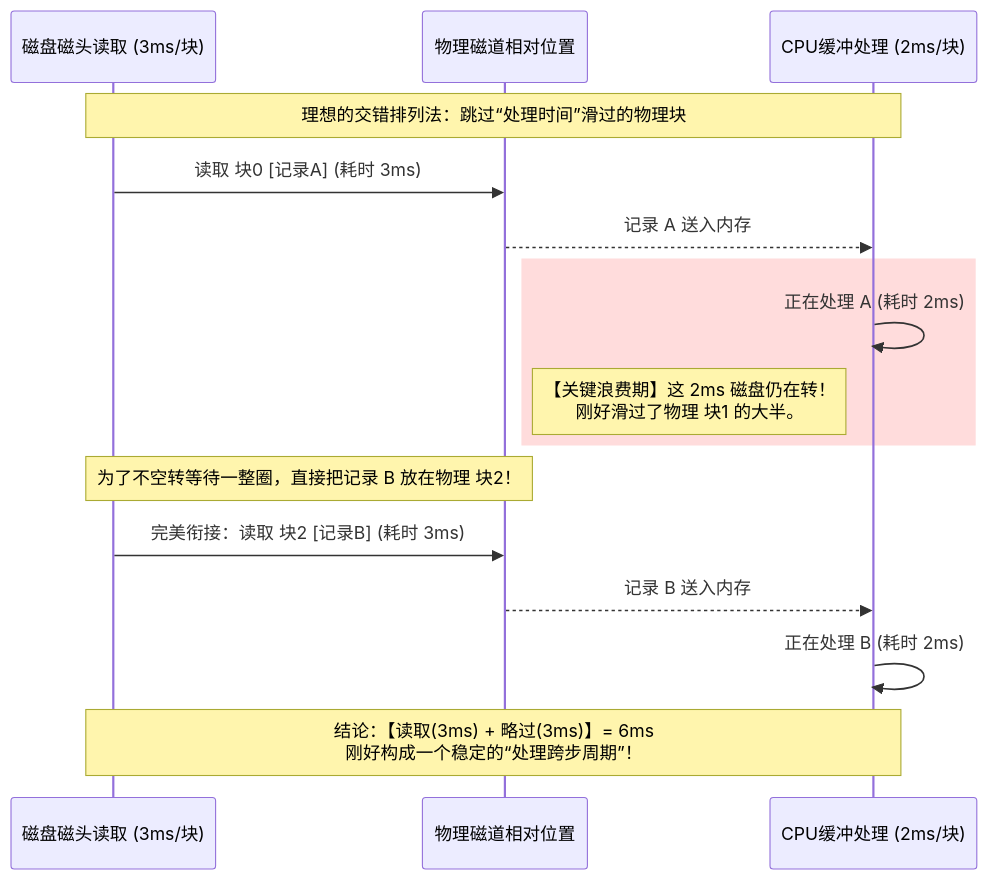
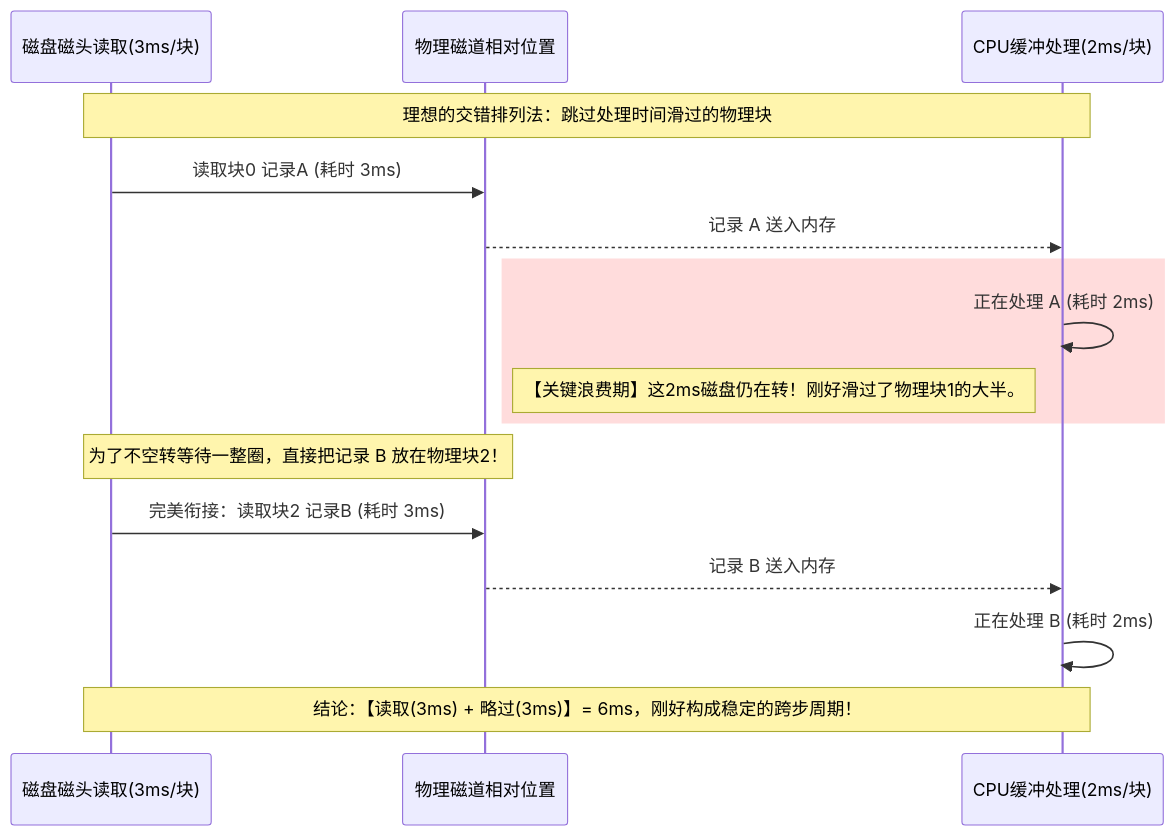
The diagram in 07-topic-mastery/09-磁盘单通道交错排列与极限计算-底层透析.md (cpsa3/software-designer-fast-pass), drawn with Mermaid before and after one commit. The commit also changed 2 other files, not shown here.

Commit message:
fix(topic-mastery): resolve strict mermaid parse errors by quoting node labels and removing unsafe chars

````diff
--- a/07-topic-mastery/09-磁盘单通道交错排列与极限计算-底层透析.md
+++ b/07-topic-mastery/09-磁盘单通道交错排列与极限计算-底层透析.md
@@ -20,24 +20,24 @@
 ```mermaid
 sequenceDiagram
-    participant Disk as 磁盘磁头读取 (3ms/块)
+    participant Disk as 磁盘磁头读取(3ms/块)
     participant Space as 物理磁道相对位置
-    participant CPU as CPU缓冲处理 (2ms/块)
+    participant CPU as CPU缓冲处理(2ms/块)
     
-    Note over Disk, CPU: 理想的交错排列法：跳过“处理时间”滑过的物理块
+    Note over Disk, CPU: 理想的交错排列法：跳过处理时间滑过的物理块
     
-    Disk->>Space: 读取 块0 [记录A] (耗时 3ms)
+    Disk->>Space: 读取块0 记录A (耗时 3ms)
     Space-->>CPU: 记录 A 送入内存
     
     rect rgb(255, 220, 220)
         CPU->>CPU: 正在处理 A (耗时 2ms)
-        Note left of CPU: 【关键浪费期】这 2ms 磁盘仍在转！<br/>刚好滑过了物理 块1 的大半。
+        Note left of CPU: 【关键浪费期】这2ms磁盘仍在转！刚好滑过了物理块1的大半。
     end
     
-    Note over Disk, Space: 为了不空转等待一整圈，直接把记录 B 放在物理 块2！
+    Note over Disk, Space: 为了不空转等待一整圈，直接把记录 B 放在物理块2！
     
-    Disk->>Space: 完美衔接：读取 块2 [记录B] (耗时 3ms)
+    Disk->>Space: 完美衔接：读取块2 记录B (耗时 3ms)
     Space-->>CPU: 记录 B 送入内存
     CPU->>CPU: 正在处理 B (耗时 2ms)
     
-    Note over Disk, CPU: 结论：【读取(3ms) + 略过(3ms)】= 6ms<br/>刚好构成一个稳定的“处理跨步周期”！
+    Note over Disk, CPU: 结论：【读取(3ms) + 略过(3ms)】= 6ms，刚好构成稳定的跨步周期！
 ```
````
